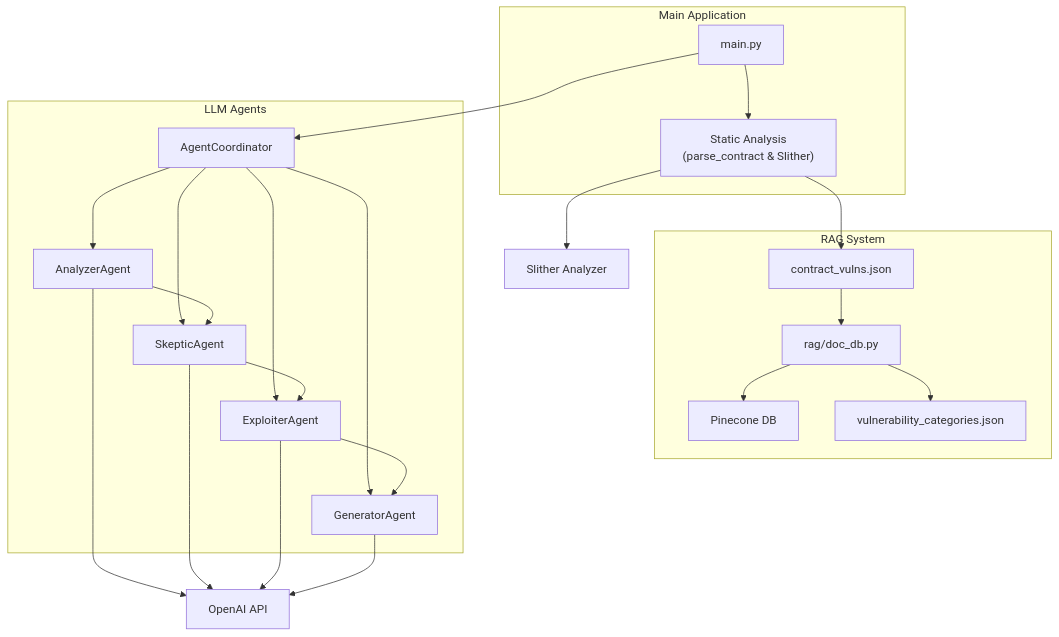
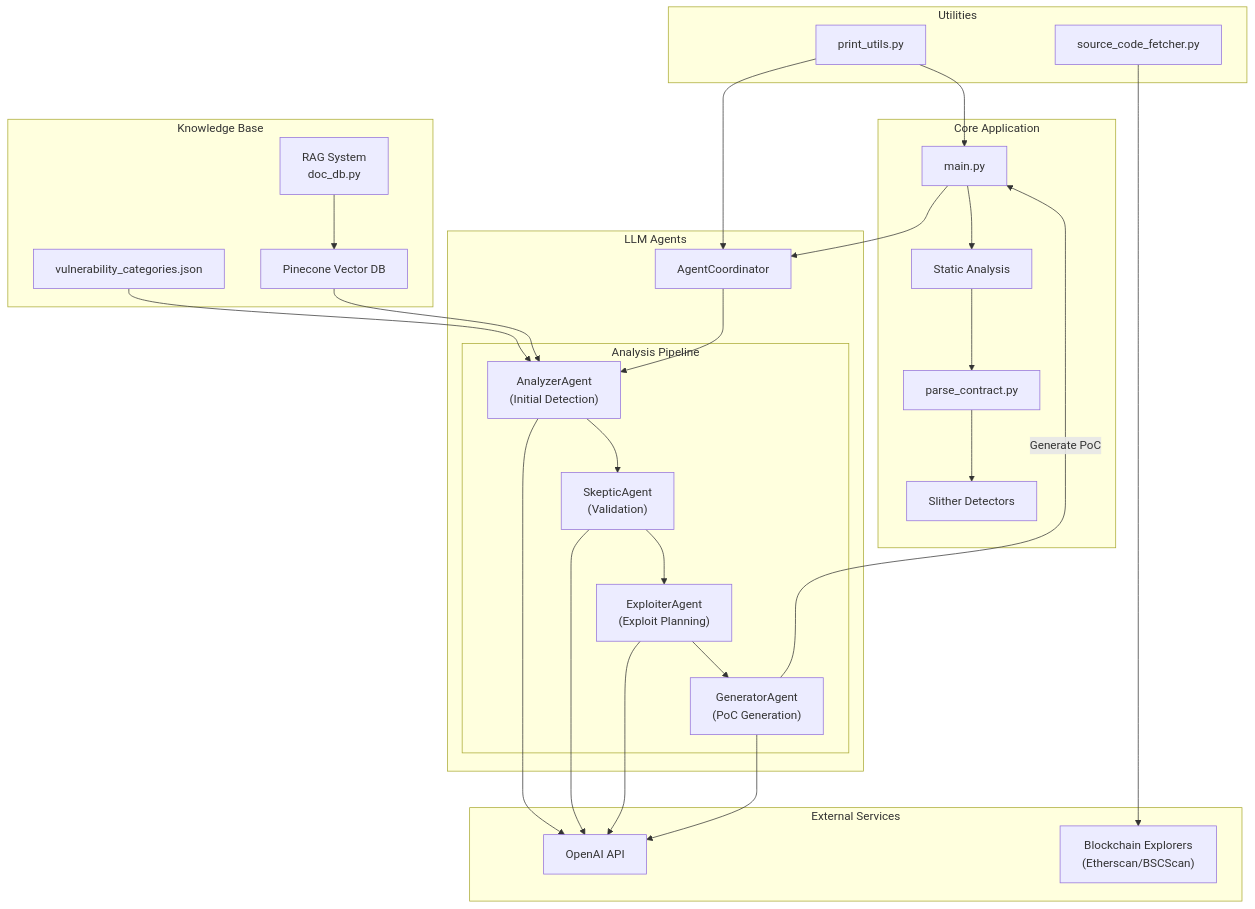
One commit to videv93/fyp-fr changed the diagram in README.md. Above: the diagram before and after it, drawn with Mermaid.

Commit message:
Update architecture diagram to show detailed flow

````diff
--- a/README.md
+++ b/README.md
@@ -19,49 +19,67 @@
 ```mermaid
 graph TB
-    subgraph "Main Application"
+    subgraph "Core Application"
         main["main.py"]
-        static["Static Analysis<br/>(parse_contract & Slither)"]
+        static["Static Analysis"]
+        parse["parse_contract.py"]
+        slither["Slither Detectors"]
     end
 
-    subgraph "RAG System"
-        docdb["rag/doc_db.py"]
-        pinecone["Pinecone DB"]
-        vulnjson["vulnerability_categories.json"]
-        contractVulns["contract_vulns.json"]
+    subgraph "Knowledge Base"
+        docdb["RAG System<br/>doc_db.py"]
+        pinecone["Pinecone Vector DB"]
+        vulncat["vulnerability_categories.json"]
     end
 
     subgraph "LLM Agents"
-        coordinator["AgentCoordinator"]
-        analyzer["AnalyzerAgent"]
-        skeptic["SkepticAgent"]
-        exploiter["ExploiterAgent"]
-        generator["GeneratorAgent"]
+        coord["AgentCoordinator"]
+
+        subgraph "Analysis Pipeline"
+            analyzer["AnalyzerAgent<br/>(Initial Detection)"]
+            skeptic["SkepticAgent<br/>(Validation)"]
+            exploiter["ExploiterAgent<br/>(Exploit Planning)"]
+            generator["GeneratorAgent<br/>(PoC Generation)"]
+        end
     end
 
-    openai["OpenAI API"]
-    slither["Slither Analyzer"]
+    subgraph "Utilities"
+        print["print_utils.py"]
+        fetcher["source_code_fetcher.py"]
+    end
 
-    %% Data Flow
+    subgraph "External Services"
+        openai["OpenAI API"]
+        blockchain["Blockchain Explorers<br/>(Etherscan/BSCScan)"]
+    end
+
+    %% Main Data Flow
     main --> static
-    static --> contractVulns
-    contractVulns --> docdb
+    static --> parse
+    parse --> slither
+
+    %% Knowledge Base Flow
+    vulncat --> analyzer
     docdb --> pinecone
-    docdb --> vulnjson
+    pinecone --> analyzer
 
-    static --> slither
-
-    main --> coordinator
-    coordinator --> analyzer
-    coordinator --> skeptic
-    coordinator --> exploiter
-    coordinator --> generator
-
+    %% Agent Pipeline Flow
+    main --> coord
+    coord --> analyzer
     analyzer --> skeptic
     skeptic --> exploiter
     exploiter --> generator
 
+    %% Utility Usage
+    fetcher --> blockchain
+    print --> main
+    print --> coord
+
+    %% External Service Integration
     analyzer --> openai
     skeptic --> openai
     exploiter --> openai
     generator --> openai
+
+    %% Output Generation
+    generator --> |"Generate PoC"|main
 ```
````
